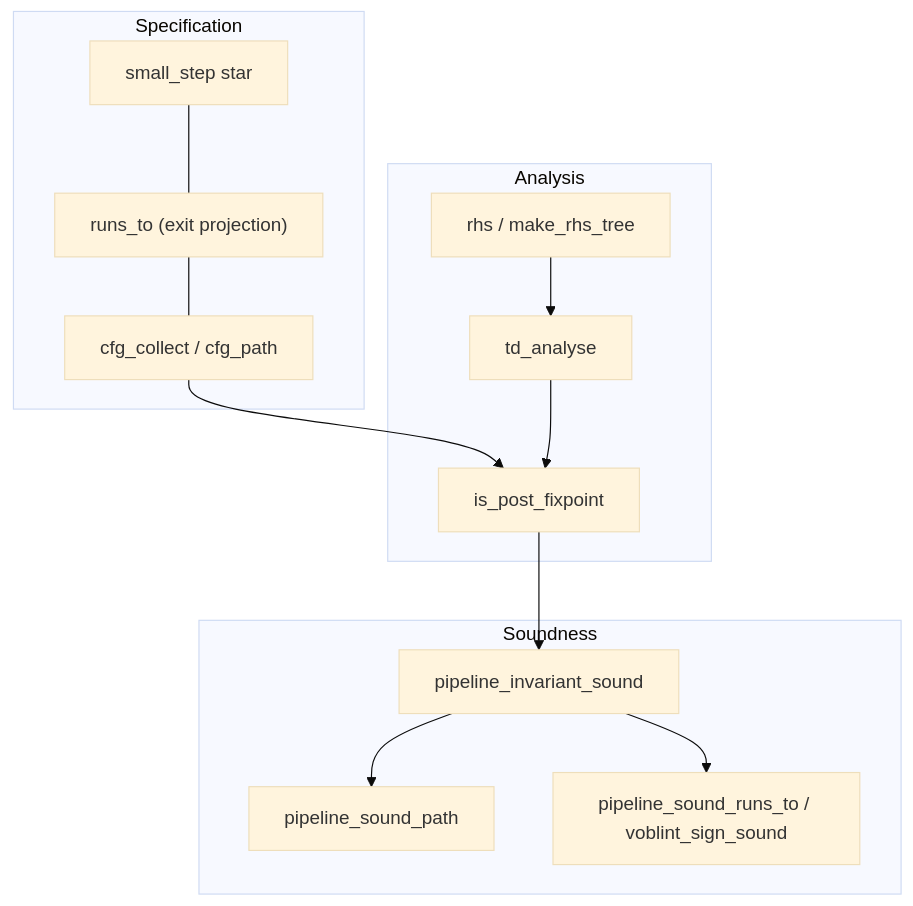
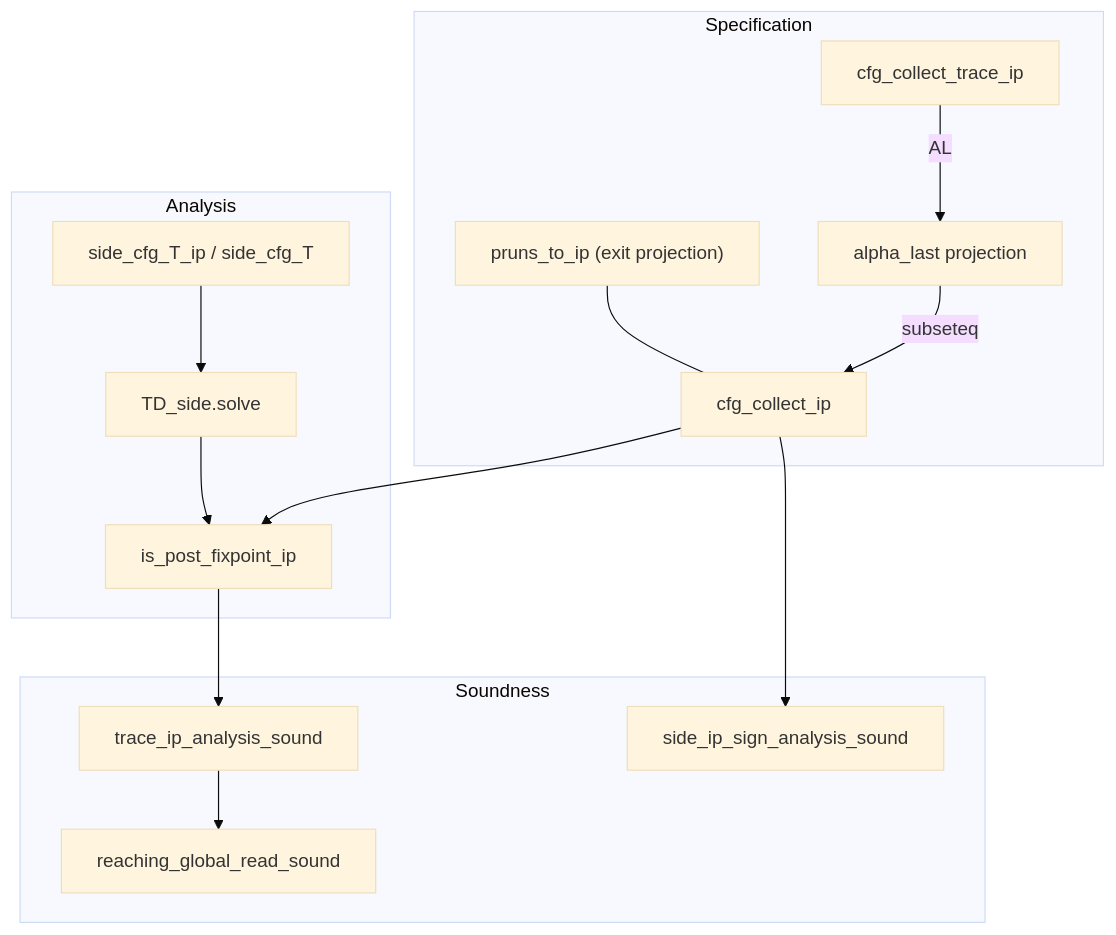
One commit to ManuelLerchner/Voblint-Verification-Master-Thesis changed the diagram in docs/PROOF_OVERVIEW.md. Above: the diagram before and after it, drawn with Mermaid (base theme). The commit also changed other lines of this file and 14 other files, not shown here.

````diff
--- a/docs/PROOF_OVERVIEW.md
+++ b/docs/PROOF_OVERVIEW.md
@@ -83,24 +75,26 @@
 ```mermaid
 flowchart TD
   subgraph spec ["Specification"]
-    CC["cfg_collect / cfg_path"]
-    RT["runs_to (exit projection)"]
-    SS["small_step star"]
-    RT --- CC
-    SS --- RT
+    TIP["cfg_collect_trace_ip"]
+    CIP["cfg_collect_ip"]
+    OP["pruns_to_ip (exit projection)"]
+    AL["alpha_last projection"]
+    TIP -->|AL| AL
+    AL -->|subseteq| CIP
+    OP --- CIP
   end
   subgraph analysis ["Analysis"]
-    RHS["rhs / make_rhs_tree"]
-    TD["td_analyse"]
-    PFP["is_post_fixpoint"]
+    SIDE["side_cfg_T_ip / side_cfg_T"]
+    SOLVE["TD_side.solve"]
+    PFP["is_post_fixpoint_ip"]
   end
   subgraph sound ["Soundness"]
-    INV["pipeline_invariant_sound"]
-    PATH["pipeline_sound_path"]
-    EXIT["pipeline_sound_runs_to / voblint_sign_sound"]
+    TIAS["trace_ip_analysis_sound"]
+    RGR["reaching_global_read_sound"]
+    SIGN["side_ip_sign_analysis_sound"]
   end
-  CC --> PFP
-  RHS --> TD --> PFP
-  PFP --> INV --> PATH
-  INV --> EXIT
+  CIP --> PFP
+  SIDE --> SOLVE --> PFP
+  PFP --> TIAS --> RGR
+  CIP --> SIGN
 ```
````
